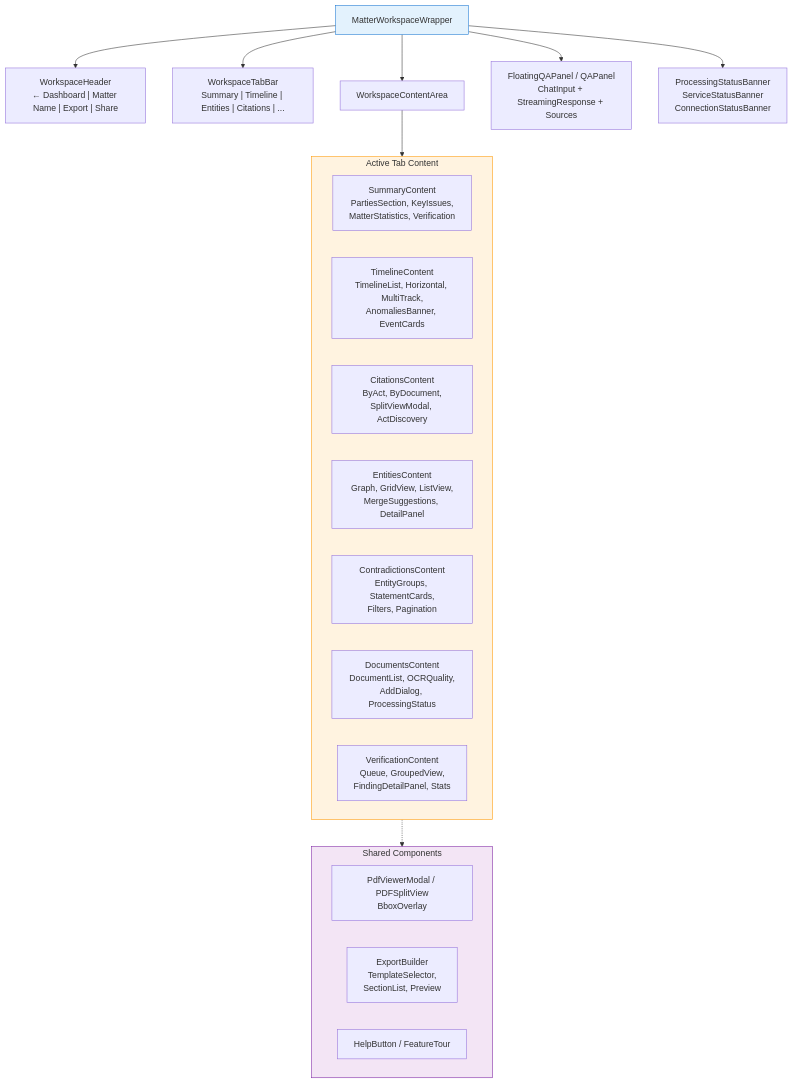
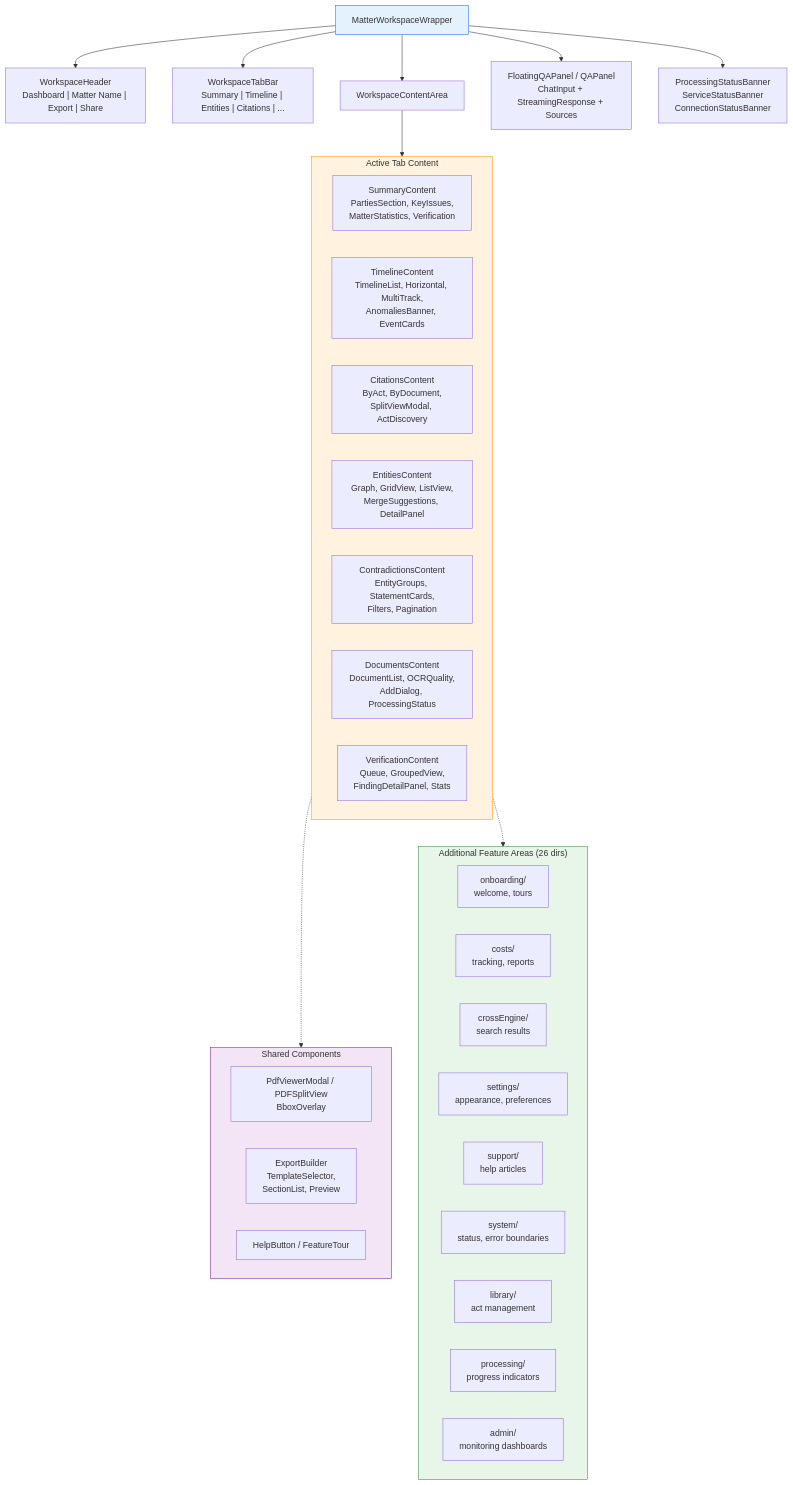
Before and after one commit to juhinebhnani4/LDIP: the seventh of 11 diagrams in docs/architecture-diagrams.md, drawn with Mermaid. The commit also changed other lines of this file, not shown here.

First line of the commit message:
docs: update architecture diagrams with full codebase coverage

````diff
--- a/docs/architecture-diagrams.md
+++ b/docs/architecture-diagrams.md
@@ -347,37 +386,51 @@
 ```mermaid
 graph TB
     LAYOUT["MatterWorkspaceWrapper"]
-    HEADER["WorkspaceHeader<br/>← Dashboard | Matter Name | Export | Share"]
+    HEADER["WorkspaceHeader<br/>Dashboard | Matter Name | Export | Share"]
     TABS["WorkspaceTabBar<br/>Summary | Timeline | Entities | Citations | ..."]
     CONTENT["WorkspaceContentArea"]
     QA["FloatingQAPanel / QAPanel<br/>ChatInput + StreamingResponse + Sources"]
     STATUS["ProcessingStatusBanner<br/>ServiceStatusBanner<br/>ConnectionStatusBanner"]
 
     subgraph TAB_CONTENT["Active Tab Content"]
         SUM["SummaryContent<br/>PartiesSection, KeyIssues,<br/>MatterStatistics, Verification"]
         TL["TimelineContent<br/>TimelineList, Horizontal, MultiTrack,<br/>AnomaliesBanner, EventCards"]
         CIT["CitationsContent<br/>ByAct, ByDocument,<br/>SplitViewModal, ActDiscovery"]
         ENT["EntitiesContent<br/>Graph, GridView, ListView,<br/>MergeSuggestions, DetailPanel"]
         CON["ContradictionsContent<br/>EntityGroups, StatementCards,<br/>Filters, Pagination"]
         DOC["DocumentsContent<br/>DocumentList, OCRQuality,<br/>AddDialog, ProcessingStatus"]
         VER["VerificationContent<br/>Queue, GroupedView,<br/>FindingDetailPanel, Stats"]
     end
 
     subgraph SHARED["Shared Components"]
         PDF["PdfViewerModal / PDFSplitView<br/>BboxOverlay"]
         EXPORT["ExportBuilder<br/>TemplateSelector,<br/>SectionList, Preview"]
         HELP["HelpButton / FeatureTour"]
     end
 
+    subgraph EXTRA_AREAS["Additional Feature Areas (26 dirs)"]
+        ONBOARD["onboarding/<br/>welcome, tours"]
+        COSTS["costs/<br/>tracking, reports"]
+        CROSS["crossEngine/<br/>search results"]
+        SETTINGS["settings/<br/>appearance, preferences"]
+        SUPPORT["support/<br/>help articles"]
+        SYSTEM["system/<br/>status, error boundaries"]
+        LIB["library/<br/>act management"]
+        PROC["processing/<br/>progress indicators"]
+        ADM["admin/<br/>monitoring dashboards"]
+    end
+
     LAYOUT --> STATUS
     LAYOUT --> HEADER
     LAYOUT --> TABS
     LAYOUT --> CONTENT
     LAYOUT --> QA
     CONTENT --> TAB_CONTENT
     TAB_CONTENT -.-> SHARED
+    TAB_CONTENT -.-> EXTRA_AREAS
 
     style LAYOUT fill:#e3f2fd,stroke:#1976D2
     style TAB_CONTENT fill:#fff3e0,stroke:#FF9800
     style SHARED fill:#f3e5f5,stroke:#7B1FA2
+    style EXTRA_AREAS fill:#e8f5e9,stroke:#388E3C
 ```
````
